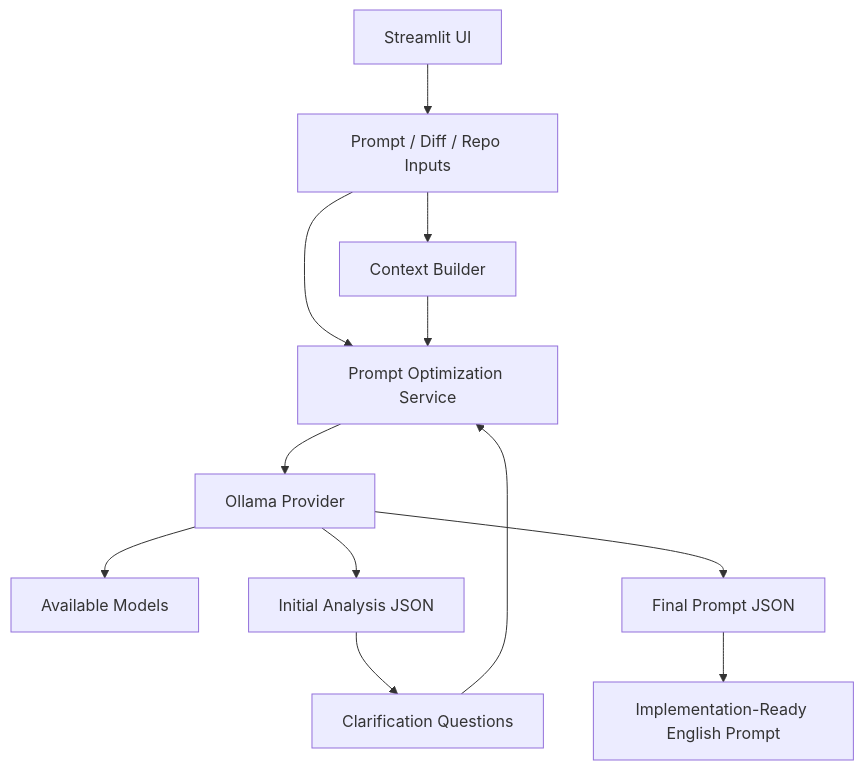
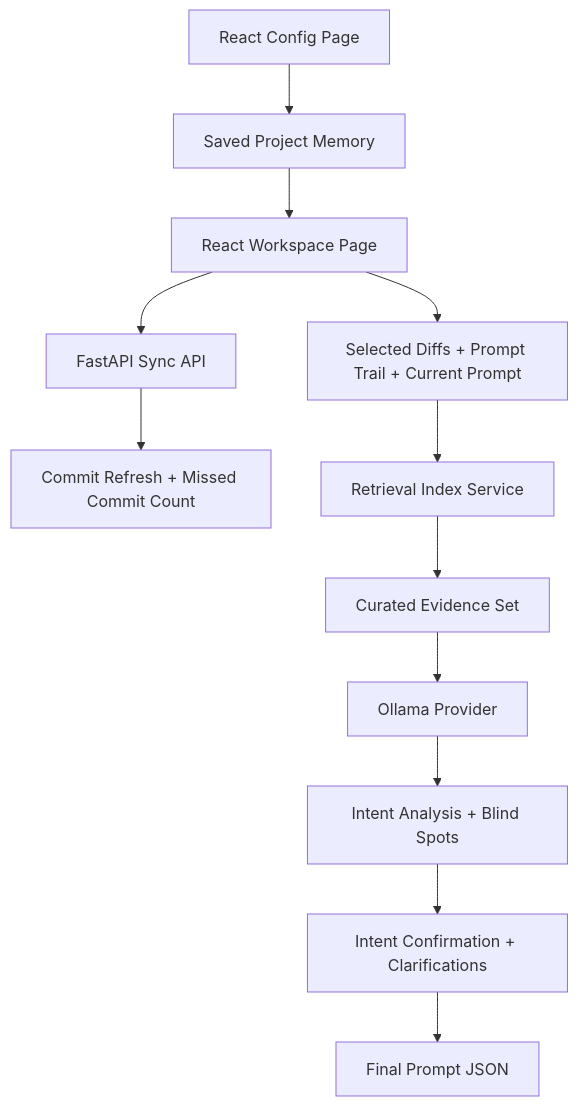
The diagram in README.md (abdoabozena7/Prompt_optimizer_for_coding_agents), drawn with Mermaid before and after one commit. The commit also changed other lines of this file and 34 other files, not shown here.

First line of the commit message:
Add React frontend and FastAPI backend

````diff
--- a/README.md
+++ b/README.md
@@ -121,14 +129,14 @@
 ```mermaid
 flowchart TD
-    A["Streamlit UI"] --> B["Prompt / Diff / Repo Inputs"]
-    B --> C["Context Builder"]
-    B --> D["Prompt Optimization Service"]
-    C --> D
-    D --> E["Ollama Provider"]
-    E --> F["Available Models"]
-    E --> G["Initial Analysis JSON"]
-    E --> H["Final Prompt JSON"]
-    G --> I["Clarification Questions"]
-    I --> D
-    H --> J["Implementation-Ready English Prompt"]
+    A["React Config Page"] --> B["Saved Project Memory"]
+    B --> C["React Workspace Page"]
+    C --> D["FastAPI Sync API"]
+    D --> E["Commit Refresh + Missed Commit Count"]
+    C --> F["Selected Diffs + Prompt Trail + Current Prompt"]
+    F --> G["Retrieval Index Service"]
+    G --> H["Curated Evidence Set"]
+    H --> I["Ollama Provider"]
+    I --> J["Intent Analysis + Blind Spots"]
+    J --> K["Intent Confirmation + Clarifications"]
+    K --> L["Final Prompt JSON"]
 ```
````
